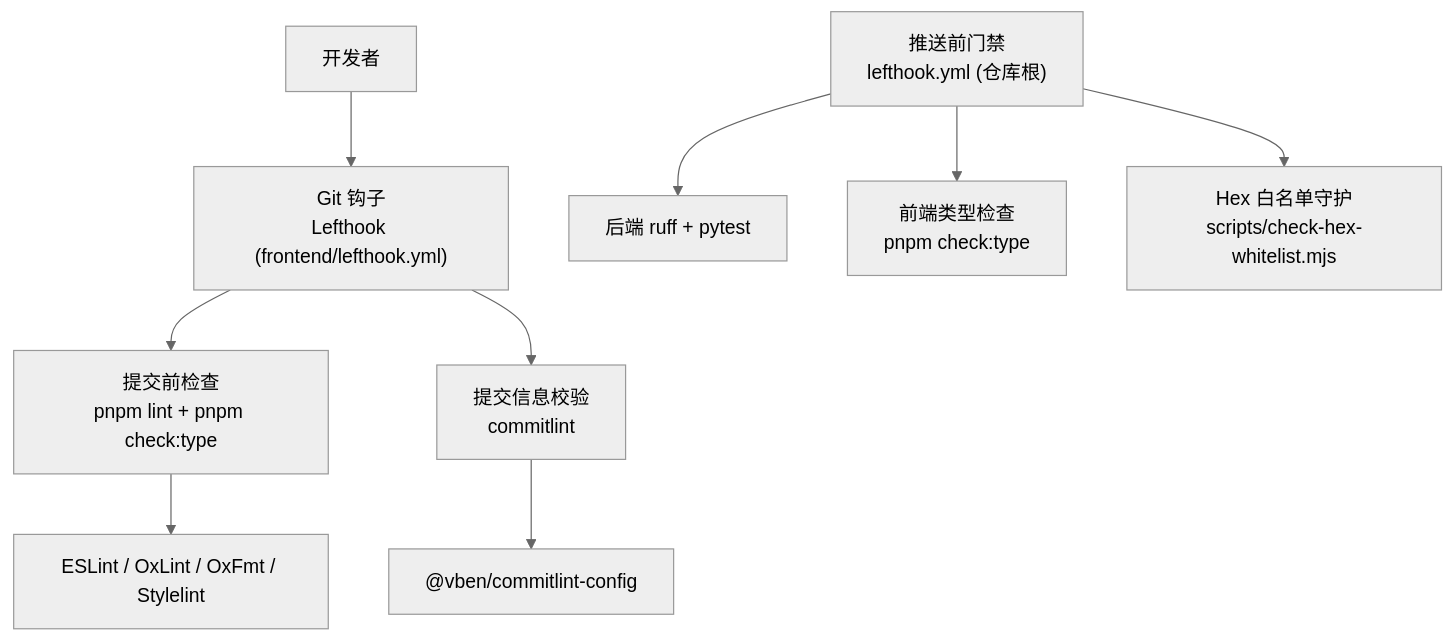
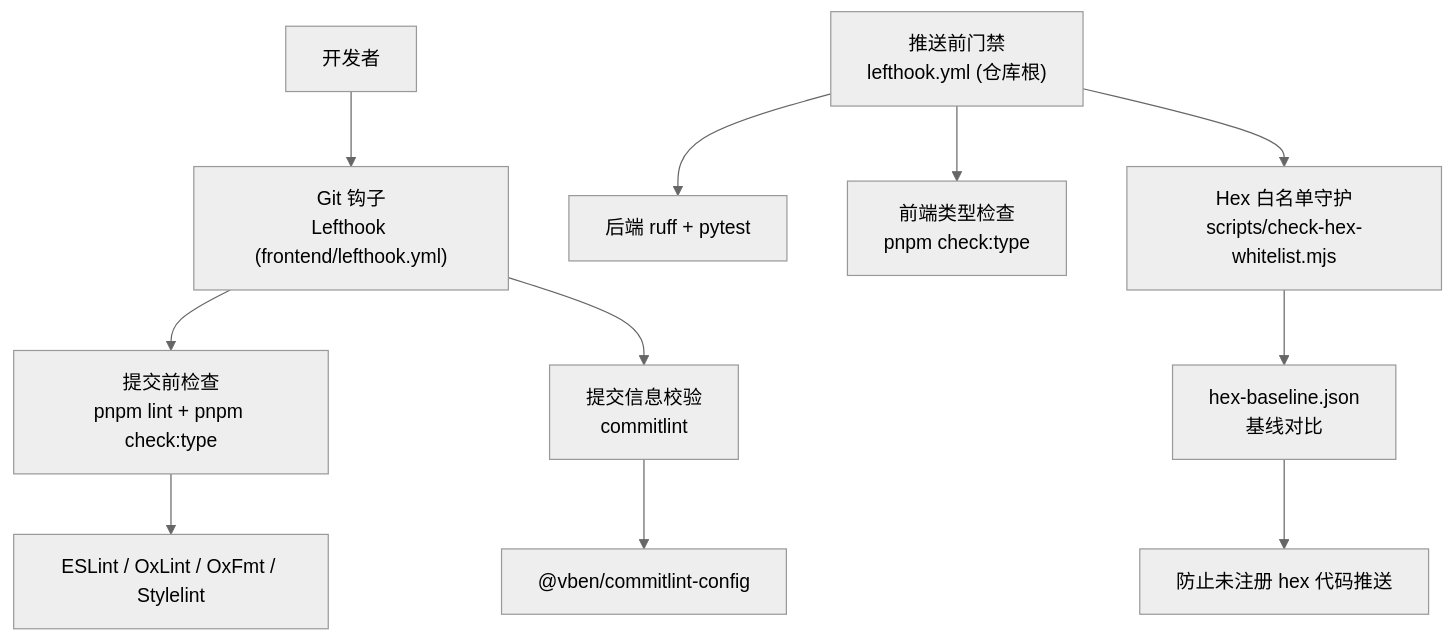
One commit to hlszp/CLPM-MVP changed the first of 8 diagrams in .qoder/repowiki/zh/content/前端架构/构建配置/质量保障配置.md. Above: the diagram before and after it, drawn with Mermaid (neutral theme). The commit also changed other lines of this file and 207 other files, not shown here.

````diff
--- a/.qoder/repowiki/zh/content/前端架构/构建配置/质量保障配置.md
+++ b/.qoder/repowiki/zh/content/前端架构/构建配置/质量保障配置.md
@@ -37,11 +47,13 @@
 ```mermaid
 graph TB
 A["开发者"] --> B["Git 钩子<br/>Lefthook (frontend/lefthook.yml)"]
 B --> C["提交前检查<br/>pnpm lint + pnpm check:type"]
 B --> D["提交信息校验<br/>commitlint"]
 C --> E["ESLint / OxLint / OxFmt / Stylelint"]
 D --> F["@vben/commitlint-config"]
 G["推送前门禁<br/>lefthook.yml (仓库根)"] --> H["后端 ruff + pytest"]
 G --> I["前端类型检查<br/>pnpm check:type"]
 G --> J["Hex 白名单守护<br/>scripts/check-hex-whitelist.mjs"]
+J --> K["hex-baseline.json<br/>基线对比"]
+K --> L["防止未注册 hex 代码推送"]
 ```
````
